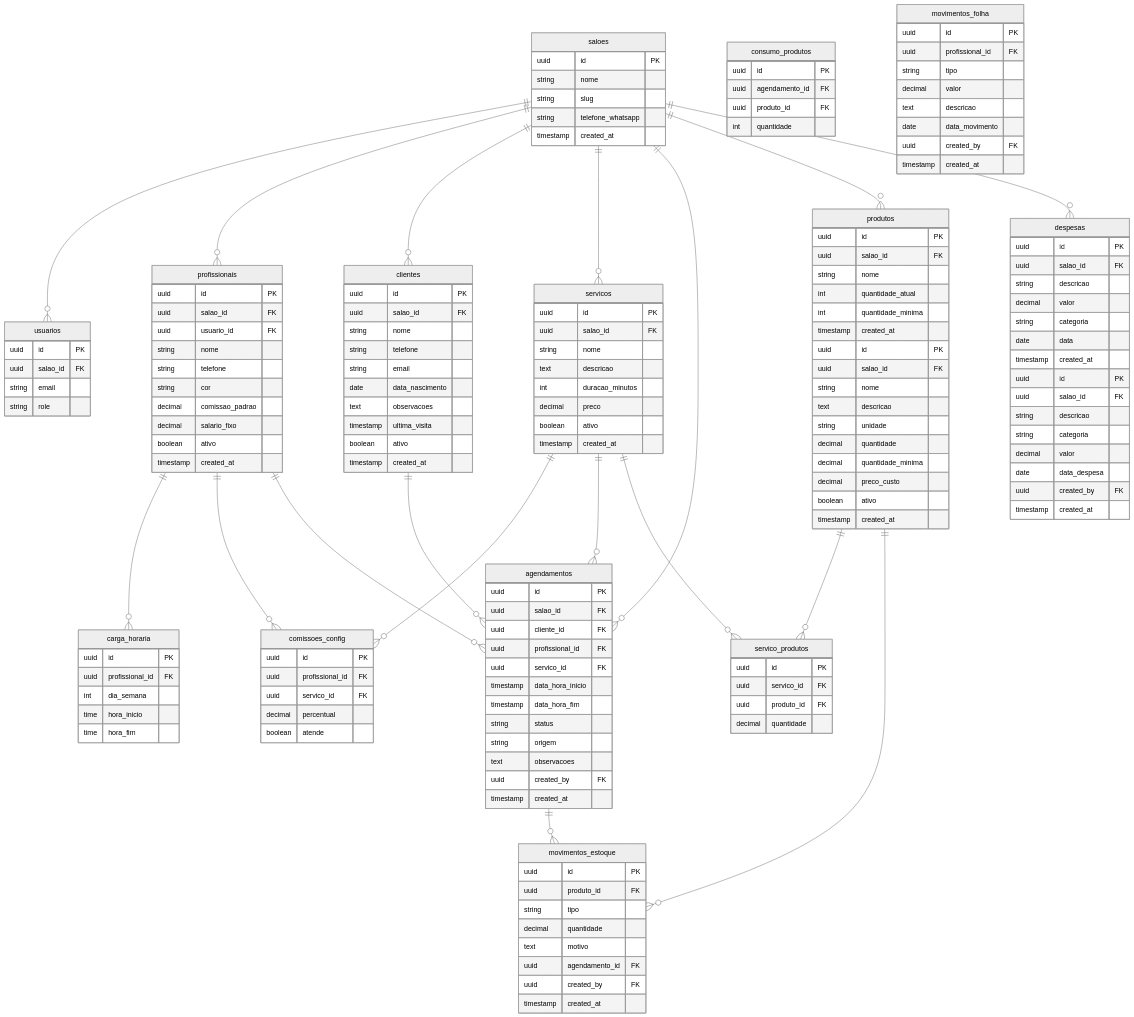
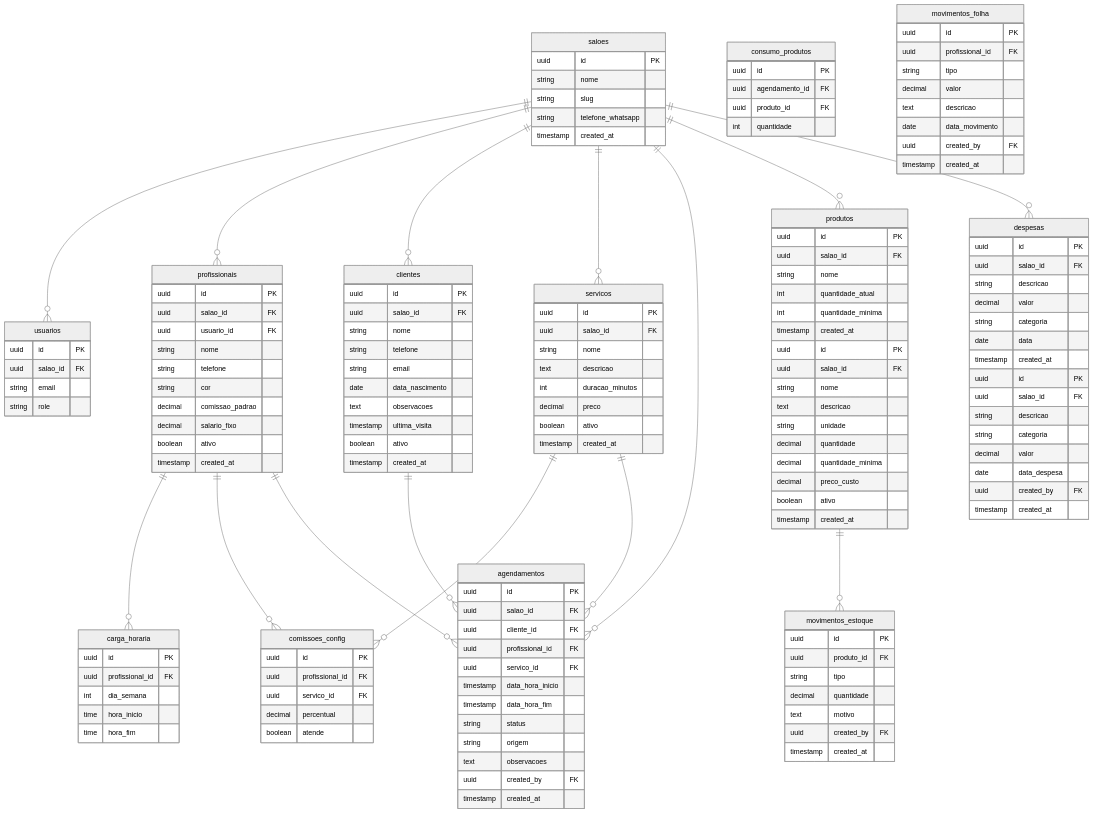
Before and after one commit to DiegoNexa/Nexa: the seventh of 7 diagrams in DIAGRAM.md, drawn with Mermaid (neutral theme). The commit also changed 6 other files, not shown here.

````diff
--- a/DIAGRAM.md
+++ b/DIAGRAM.md
@@ -311,16 +311,8 @@
         string tipo
         decimal quantidade
         text motivo
-        uuid agendamento_id FK
         uuid created_by FK
         timestamp created_at
-    }
-
-    servico_produtos {
-        uuid id PK
-        uuid servico_id FK
-        uuid produto_id FK
-        decimal quantidade
     }
 
     despesas {
@@ -347,8 +339,5 @@
     clientes ||--o{ agendamentos : ""
     servicos ||--o{ comissoes_config : ""
     servicos ||--o{ agendamentos : ""
-    servicos ||--o{ servico_produtos : ""
-    produtos ||--o{ servico_produtos : ""
     produtos ||--o{ movimentos_estoque : ""
-    agendamentos ||--o{ movimentos_estoque : ""
 ```
````
